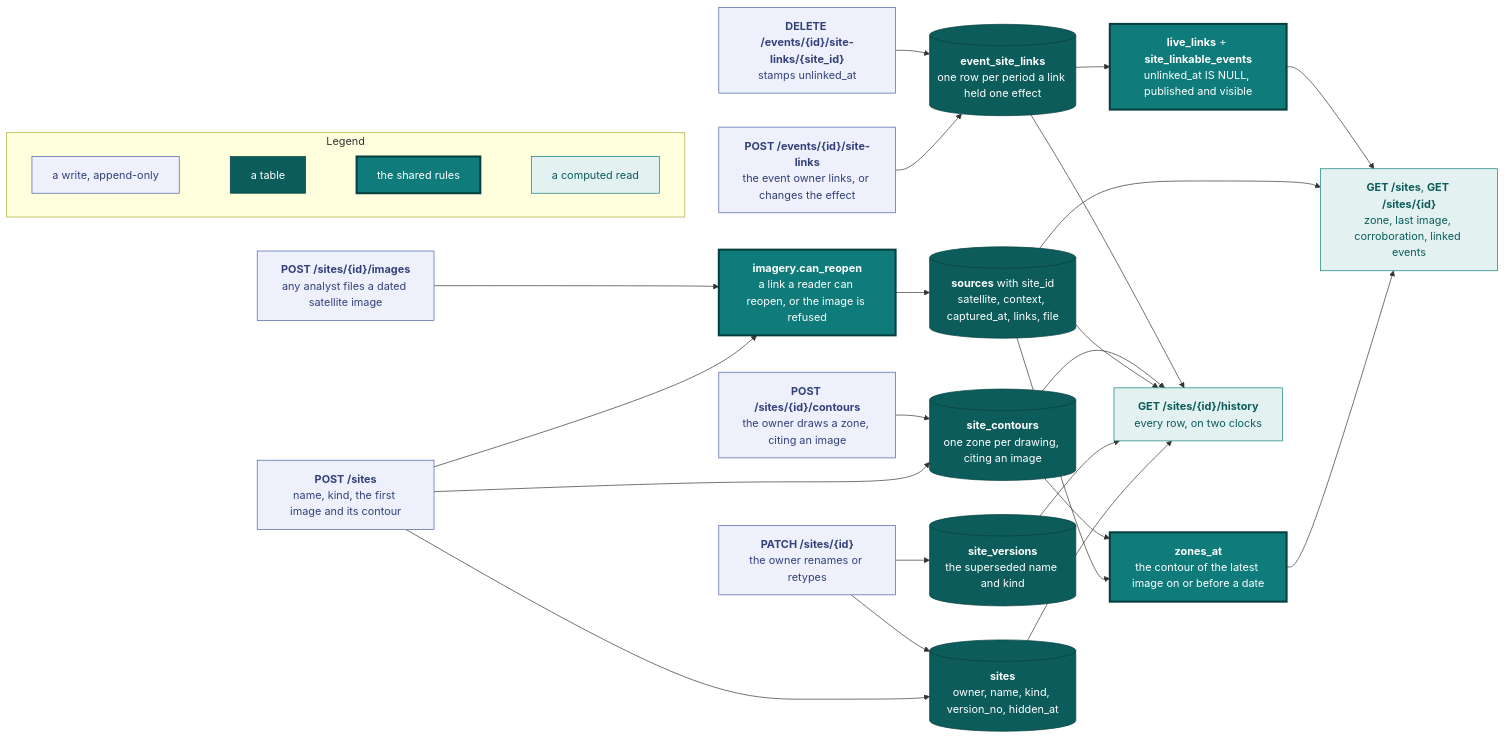
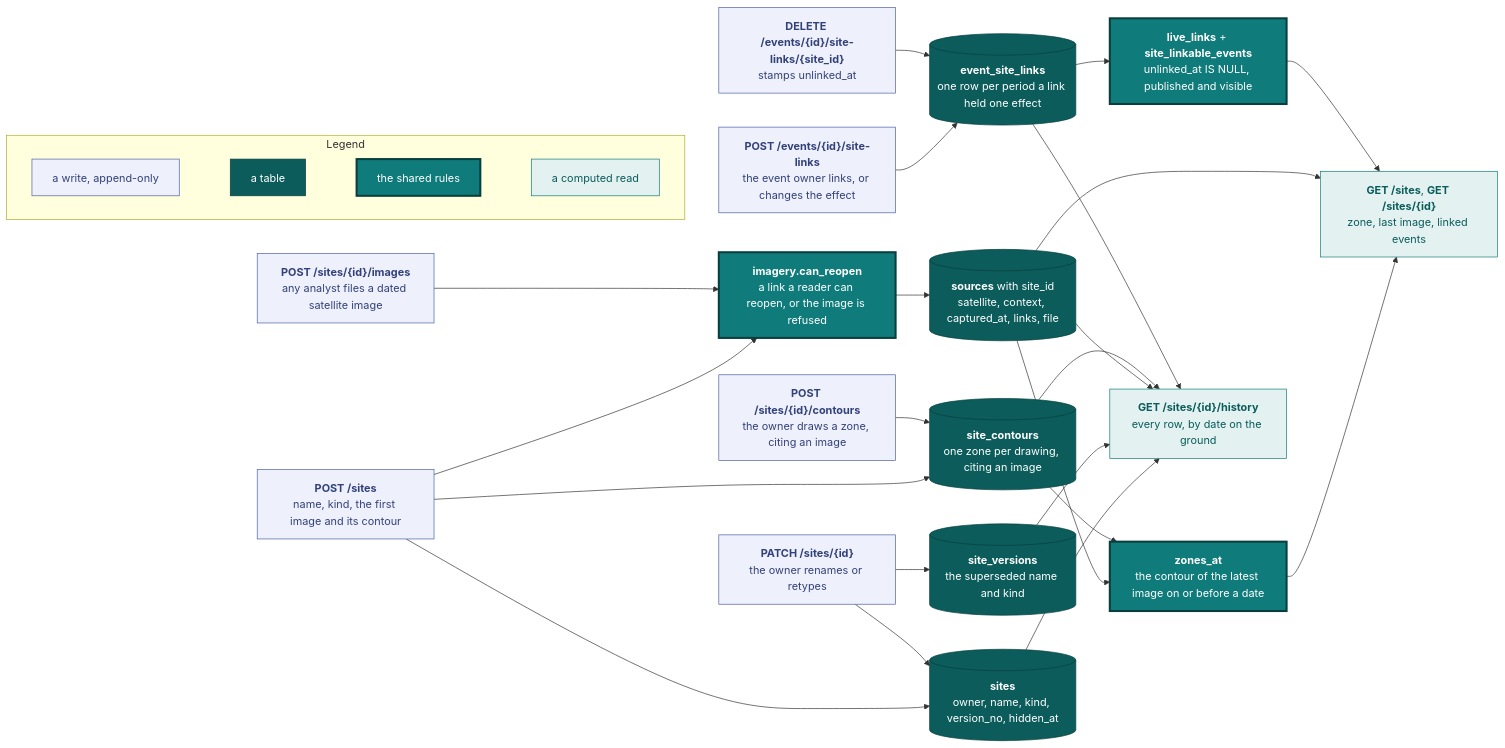
Before and after one commit to vidithq/vidit: the fourth of 5 diagrams in docs/data-model.md, drawn with Mermaid. The commit also changed other lines of this file and 26 other files, not shown here.

First line of the commit message:
refactor(sites): remove corroboration and nearby events

````diff
--- a/docs/data-model.md
+++ b/docs/data-model.md
@@ -1226,71 +1226,71 @@
 ```mermaid
 flowchart LR
   classDef spec fill:#eef1fb,stroke:#4a5fa5,color:#33417a
   classDef core fill:#0f7b7a,stroke:#083f3e,stroke-width:3px,color:#ffffff
   classDef store fill:#0b5c5b,stroke:#083f3e,color:#ffffff
   classDef read fill:#e3f2f1,stroke:#0f7b7a,color:#0b5c5b
 
   subgraph legend [Legend]
     direction LR
     l1["`a write, append-only`"]:::spec
     l2["`a table`"]:::store
     l3["`the shared rules`"]:::core
     l4["`a computed read`"]:::read
     l1 ~~~ l2 ~~~ l3 ~~~ l4
   end
 
   create["`**POST /sites**
   name, kind, the first image and its contour`"]:::spec
   edit["`**PATCH /sites/{id}**
   the owner renames or retypes`"]:::spec
   file["`**POST /sites/{id}/images**
   any analyst files a dated satellite image`"]:::spec
   draw["`**POST /sites/{id}/contours**
   the owner draws a zone, citing an image`"]:::spec
   link["`**POST /events/{id}/site-links**
   the event owner links, or changes the effect`"]:::spec
   unlink["`**DELETE /events/{id}/site-links/{site_id}**
   stamps unlinked_at`"]:::spec
 
   sites[("`**sites**
   owner, name, kind, version_no, hidden_at`")]:::store
   versions[("`**site_versions**
   the superseded name and kind`")]:::store
   images[("`**sources** with site_id
   satellite, context, captured_at, links, file`")]:::store
   contours[("`**site_contours**
   one zone per drawing, citing an image`")]:::store
   links[("`**event_site_links**
   one row per period a link held one effect`")]:::store
 
   reopen["`**imagery.can_reopen**
   a link a reader can reopen, or the image is refused`"]:::core
   zones["`**zones_at**
   the contour of the latest image on or before a date`"]:::core
   live["`**live_links** + **site_linkable_events**
   unlinked_at IS NULL, published and visible`"]:::core
 
   state["`**GET /sites**, **GET /sites/{id}**
-  zone, last image, corroboration, linked events`"]:::read
+  zone, last image, linked events`"]:::read
   history["`**GET /sites/{id}/history**
-  every row, on two clocks`"]:::read
+  every row, by date on the ground`"]:::read
 
   create --> sites
   create --> reopen
   create --> contours
   edit --> versions
   edit --> sites
   file --> reopen --> images
   draw --> contours
   link --> links
   unlink --> links
   images --> zones
   contours --> zones --> state
   images --> state
   links --> live --> state
   sites --> history
   versions --> history
   images --> history
   contours --> history
   links --> history
 ```
````
